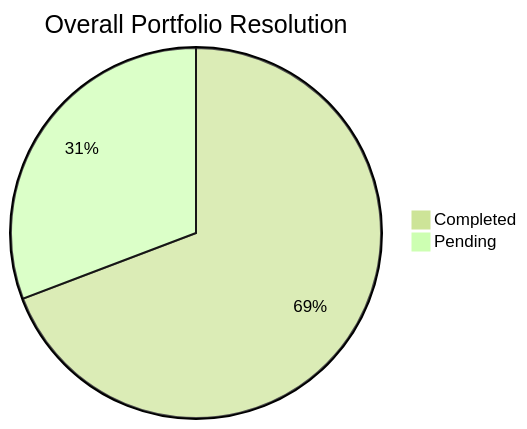
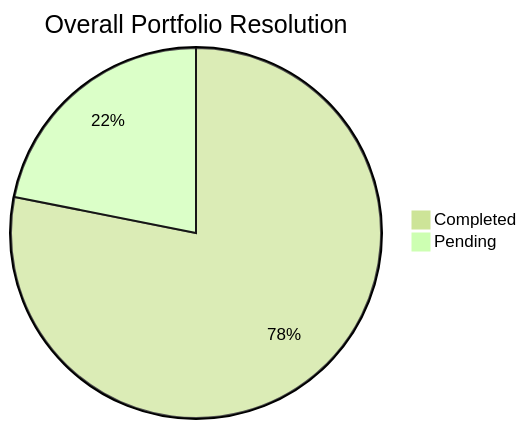
One commit to sagarms97/MyWorkDairy changed the diagram in Global_Summary.md. Above: the diagram before and after it, drawn with Mermaid (forest theme). The commit also changed other lines of this file and 2 other files, not shown here.

````diff
--- a/Global_Summary.md
+++ b/Global_Summary.md
@@ -12,5 +12,5 @@
 ```mermaid
 pie title Overall Portfolio Resolution
-    "Completed" : 18
-    "Pending" : 8
+    "Completed" : 25
+    "Pending" : 7
 ```
````
